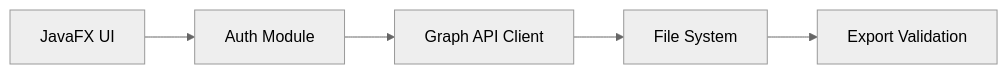
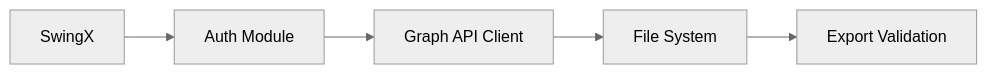
One commit to ws-research/Azure-Data-Guardian changed the second of 2 diagrams in README.md. Above: the diagram before and after it, drawn with Mermaid (neutral theme).

````diff
--- a/README.md
+++ b/README.md
@@ -127,7 +127,7 @@
 ```mermaid
 graph LR
-A[JavaFX UI] --> B[Auth Module]
+A[SwingX] --> B[Auth Module]
 B --> C[Graph API Client]
 C --> D[File System]
 D --> E[Export Validation]
 ```
````
